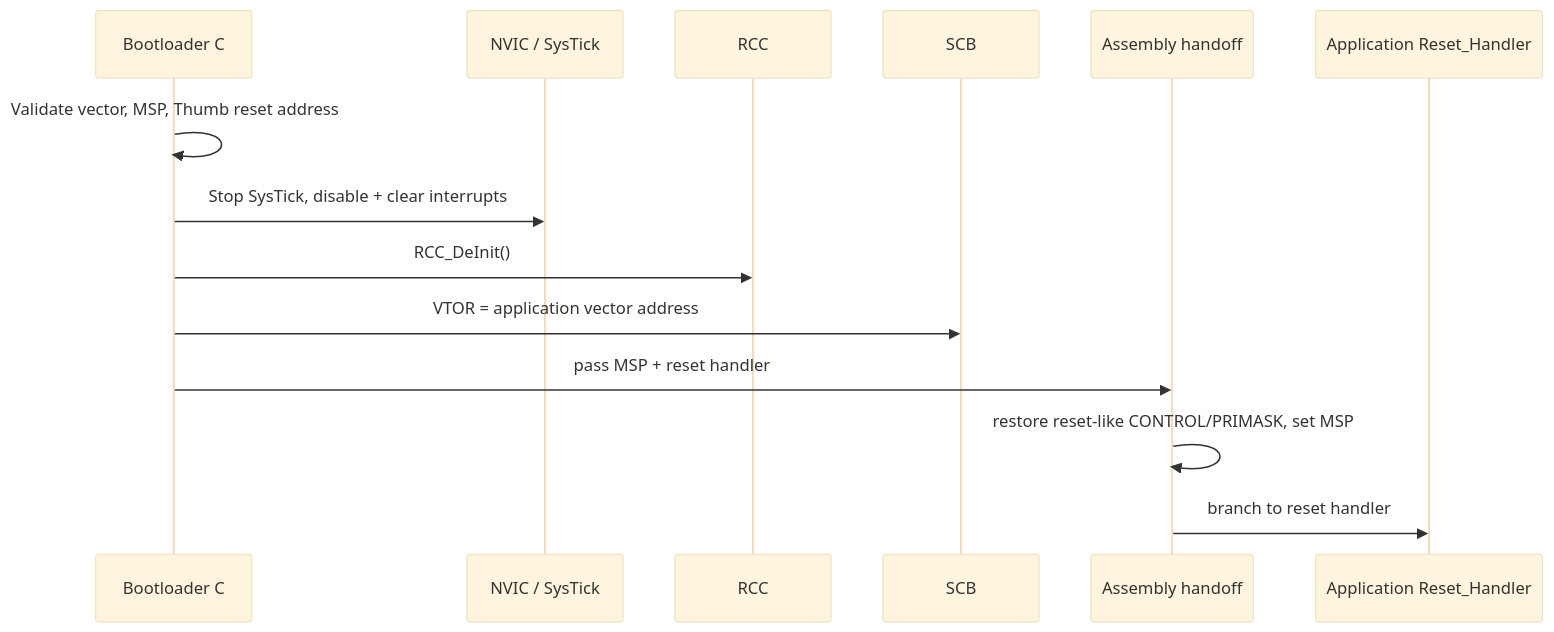
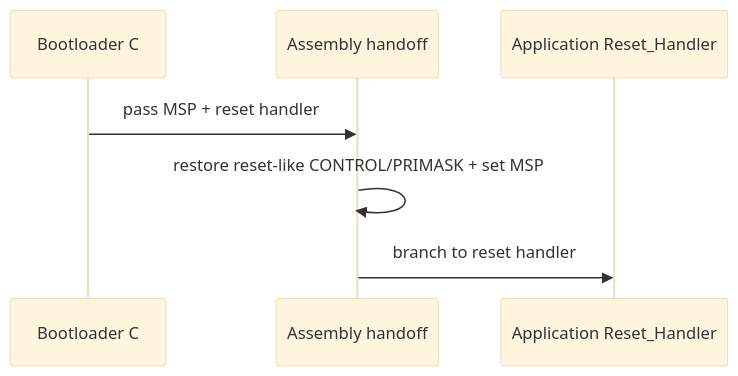
Before and after one commit to haikevins/secure-delta-ota-bootloader: the second of 2 diagrams in docs/boot-jump.md, drawn with Mermaid (base theme). The commit also changed other lines of this file and 8 other files, not shown here.

````diff
--- a/docs/boot-jump.md
+++ b/docs/boot-jump.md
@@ -56,17 +71,10 @@
 ```mermaid
 sequenceDiagram
     participant B as Bootloader C
-    participant NV as NVIC / SysTick
-    participant RCC as RCC
-    participant SCB as SCB
     participant ASM as Assembly handoff
     participant A as Application Reset_Handler
 
-    B->>B: Validate vector, MSP, Thumb reset address
-    B->>NV: Stop SysTick, disable + clear interrupts
-    B->>RCC: RCC_DeInit()
-    B->>SCB: VTOR = application vector address
     B->>ASM: pass MSP + reset handler
-    ASM->>ASM: restore reset-like CONTROL/PRIMASK, set MSP
+    ASM->>ASM: restore reset-like CONTROL/PRIMASK + set MSP
     ASM->>A: branch to reset handler
 ```
````
